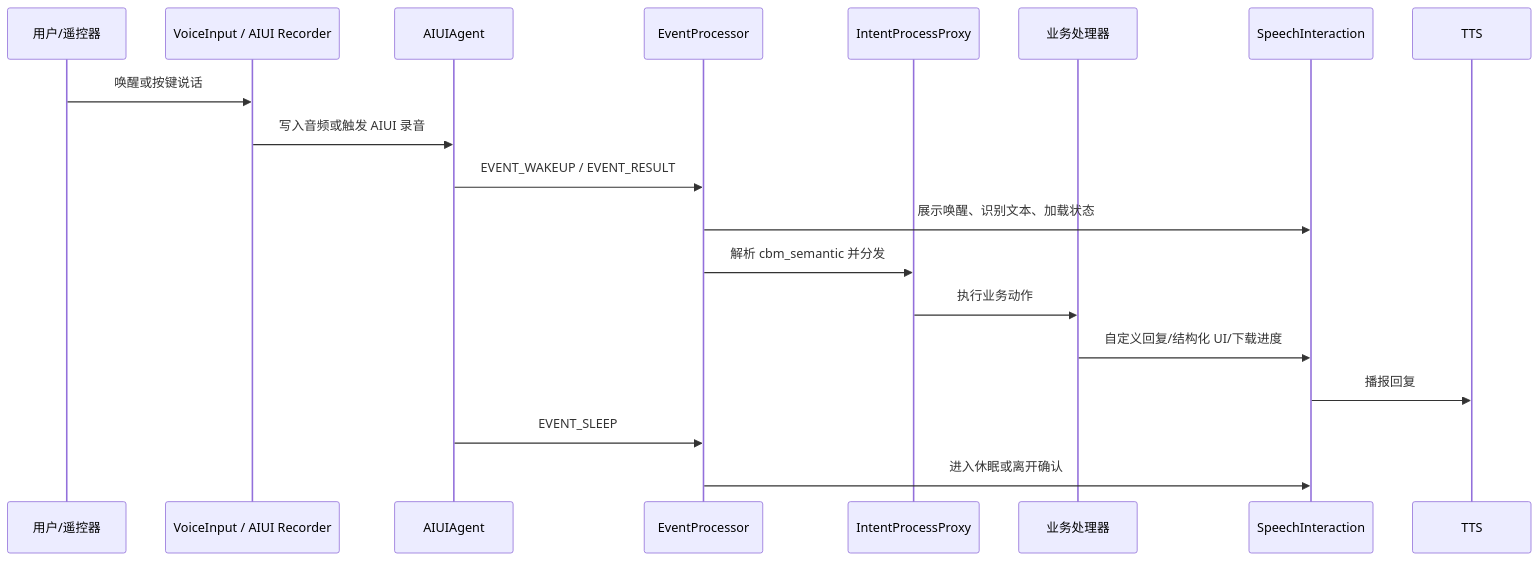
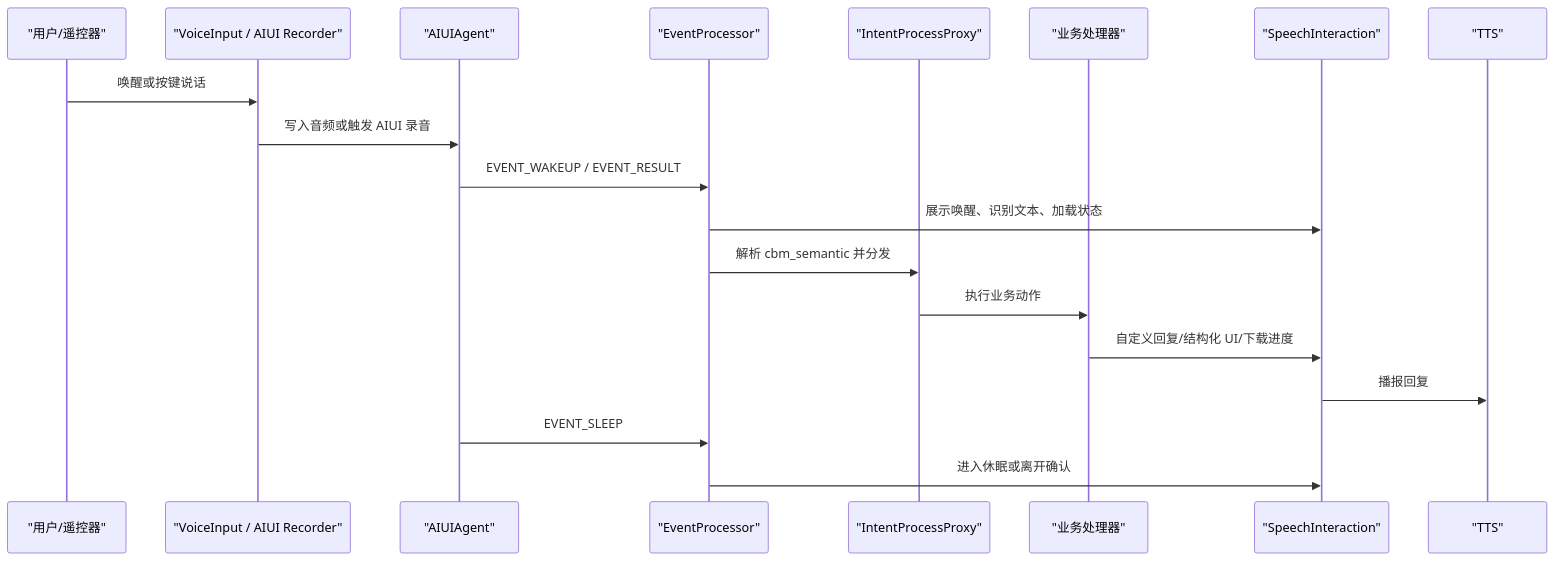
The third of 3 diagrams in doc/系统架构介绍.md (szhangbiao/AIAssistant), drawn with Mermaid before and after one commit. The commit also changed other lines of this file and 1 other file, not shown here.

````diff
--- a/doc/系统架构介绍.md
+++ b/doc/系统架构介绍.md
@@ -253,22 +327,22 @@
 ```mermaid
 sequenceDiagram
-    participant U as 用户/遥控器
-    participant I as VoiceInput / AIUI Recorder
-    participant A as AIUIAgent
-    participant P as EventProcessor
-    participant R as IntentProcessProxy
-    participant B as 业务处理器
-    participant UI as SpeechInteraction
-    participant T as TTS
+    participant U as "用户/遥控器"
+    participant I as "VoiceInput / AIUI Recorder"
+    participant A as "AIUIAgent"
+    participant P as "EventProcessor"
+    participant R as "IntentProcessProxy"
+    participant B as "业务处理器"
+    participant UI as "SpeechInteraction"
+    participant T as "TTS"
 
     U->>I: 唤醒或按键说话
     I->>A: 写入音频或触发 AIUI 录音
     A->>P: EVENT_WAKEUP / EVENT_RESULT
     P->>UI: 展示唤醒、识别文本、加载状态
     P->>R: 解析 cbm_semantic 并分发
     R->>B: 执行业务动作
     B->>UI: 自定义回复/结构化 UI/下载进度
     UI->>T: 播报回复
     A->>P: EVENT_SLEEP
     P->>UI: 进入休眠或离开确认
 ```
````
